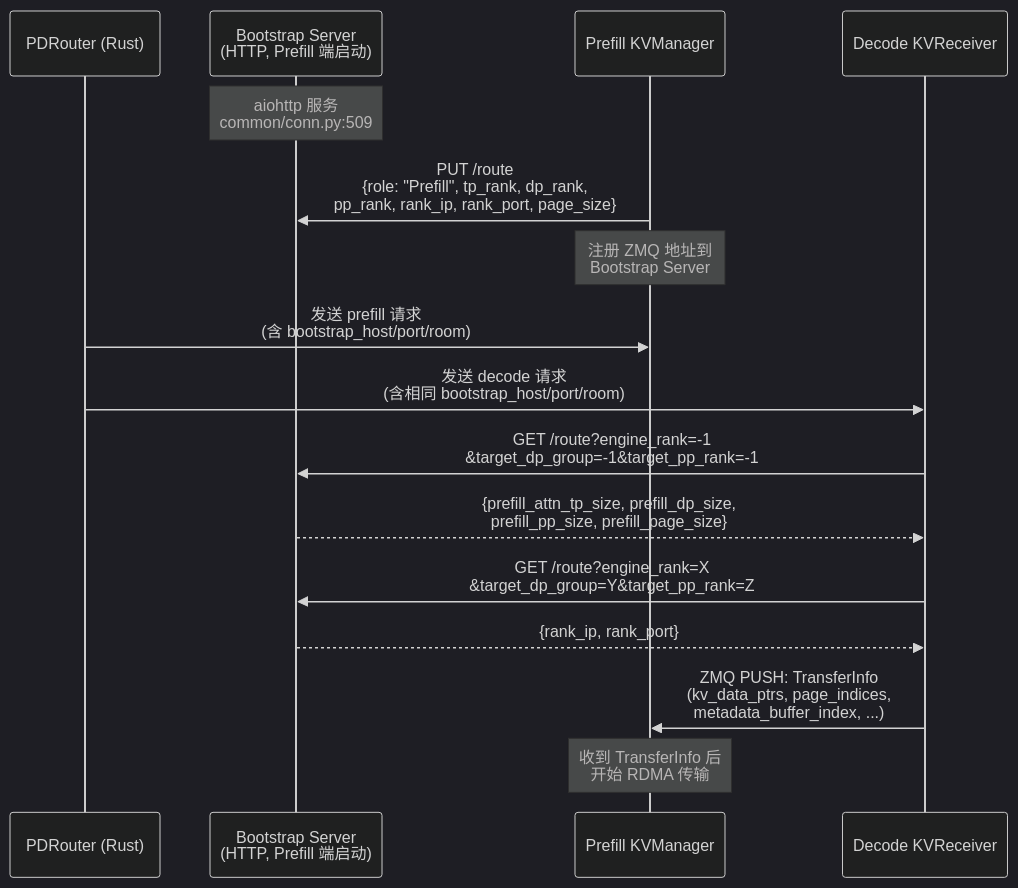
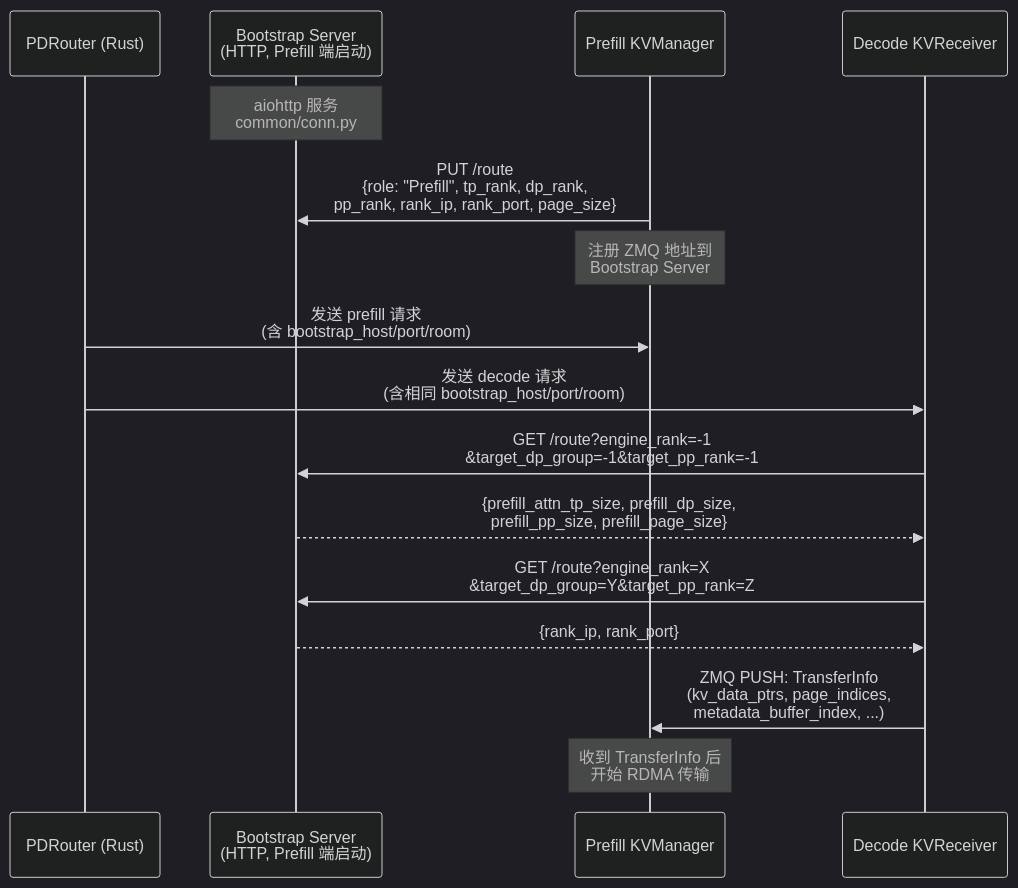
Before and after one commit to wesleyck/AIInfraNotes: the fourth of 7 diagrams in SGLang/14-pd-disaggregation.md, drawn with Mermaid (dark theme). The commit also changed other lines of this file and 26 other files, not shown here.

````diff
--- a/SGLang/14-pd-disaggregation.md
+++ b/SGLang/14-pd-disaggregation.md
@@ -153,24 +165,24 @@
 ```mermaid
 sequenceDiagram
     participant Router as PDRouter (Rust)
     participant BS as Bootstrap Server<br/>(HTTP, Prefill 端启动)
     participant P as Prefill KVManager
     participant D as Decode KVReceiver
 
-    Note over BS: aiohttp 服务<br/>common/conn.py:509
+    Note over BS: aiohttp 服务<br/>common/conn.py
 
     P->>BS: PUT /route<br/>{role: "Prefill", tp_rank, dp_rank,<br/>pp_rank, rank_ip, rank_port, page_size}
     Note over P: 注册 ZMQ 地址到<br/>Bootstrap Server
 
     Router->>P: 发送 prefill 请求<br/>(含 bootstrap_host/port/room)
     Router->>D: 发送 decode 请求<br/>(含相同 bootstrap_host/port/room)
 
     D->>BS: GET /route?engine_rank=-1<br/>&target_dp_group=-1&target_pp_rank=-1
     BS-->>D: {prefill_attn_tp_size, prefill_dp_size,<br/>prefill_pp_size, prefill_page_size}
 
     D->>BS: GET /route?engine_rank=X<br/>&target_dp_group=Y&target_pp_rank=Z
     BS-->>D: {rank_ip, rank_port}
 
     D->>P: ZMQ PUSH: TransferInfo<br/>(kv_data_ptrs, page_indices,<br/>metadata_buffer_index, ...)
     Note over P: 收到 TransferInfo 后<br/>开始 RDMA 传输
 ```
````
